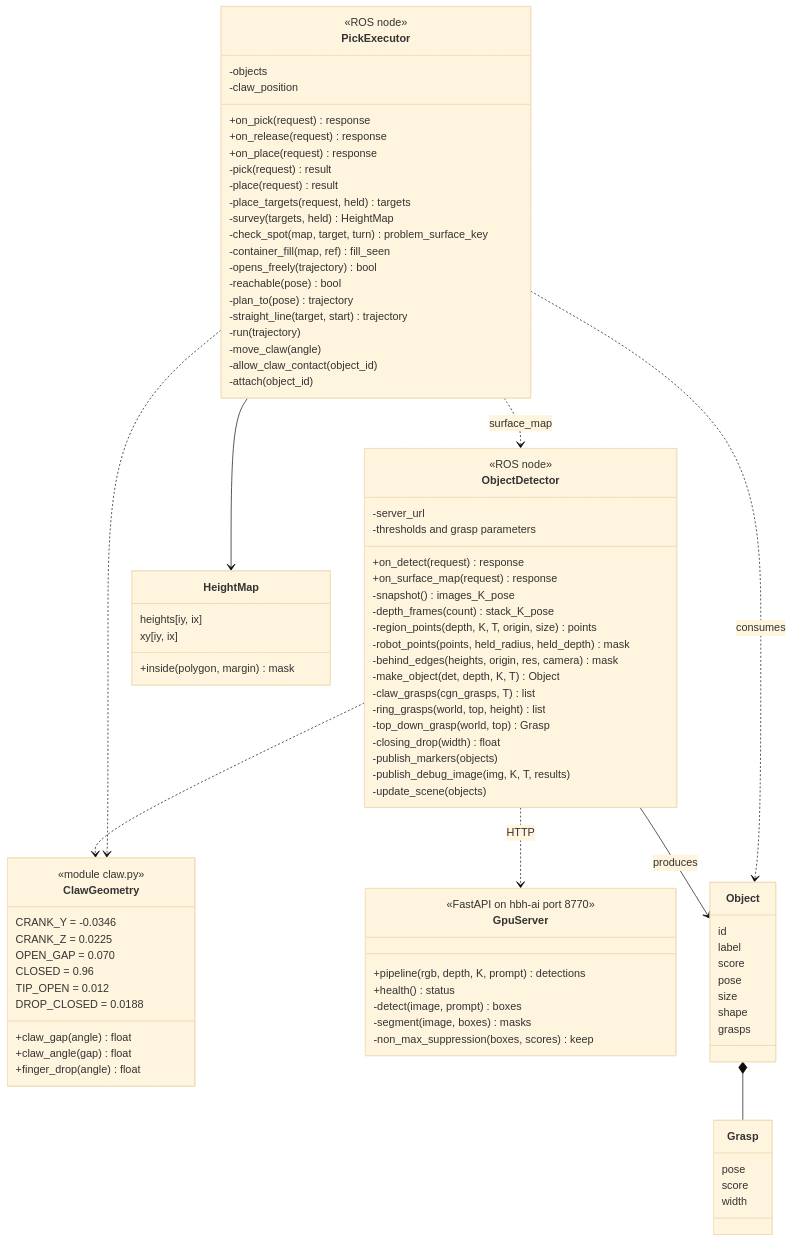
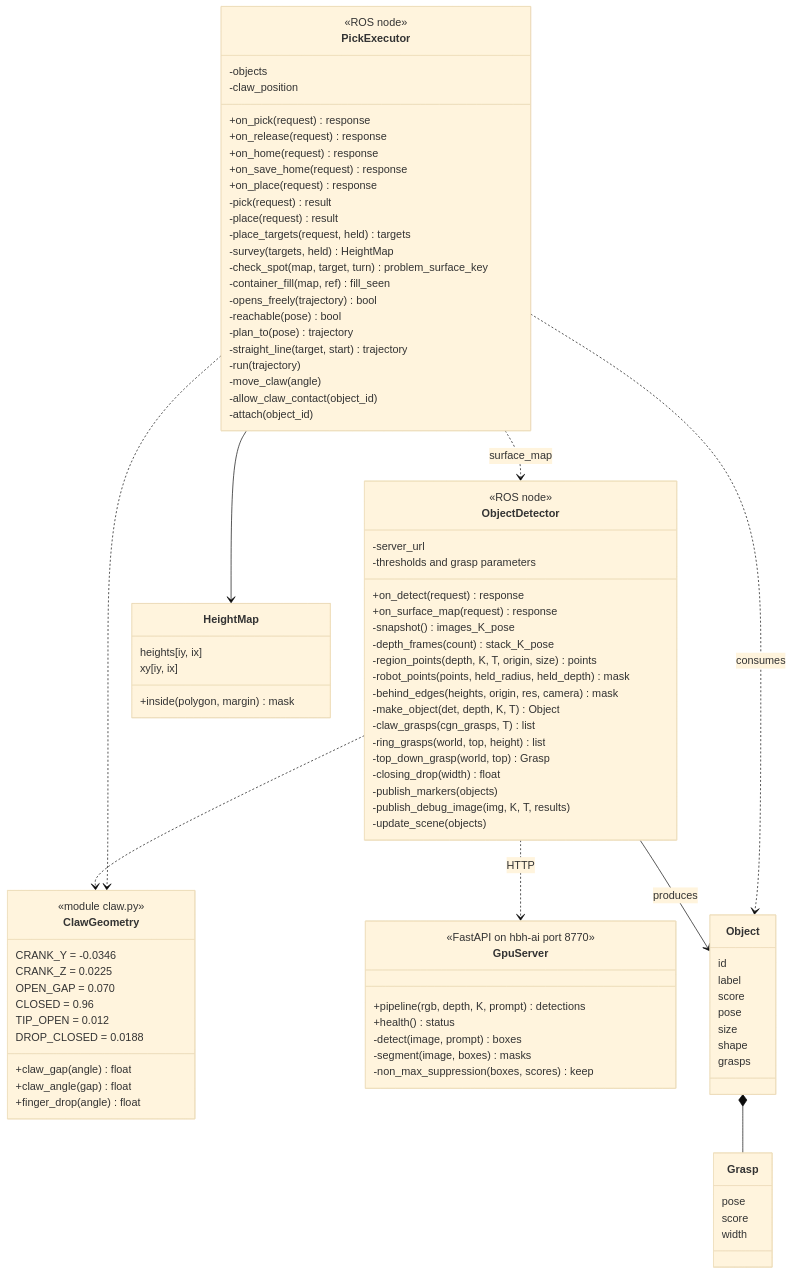
One commit to whoobee/qb_arm_install changed the diagram in docs/pages/09-qb_arm_vision.md. Above: the diagram before and after it, drawn with Mermaid (base theme). The commit also changed 5 other files, not shown here.

Commit message:
docs: home pose (home/save_home, home after place, control page buttons)

```diff
--- a/docs/pages/09-qb_arm_vision.md
+++ b/docs/pages/09-qb_arm_vision.md
@@ -49,6 +49,8 @@
         -claw_position
         +on_pick(request) response
         +on_release(request) response
+        +on_home(request) response
+        +on_save_home(request) response
         +on_place(request) response
         -pick(request) result
         -place(request) result
```
